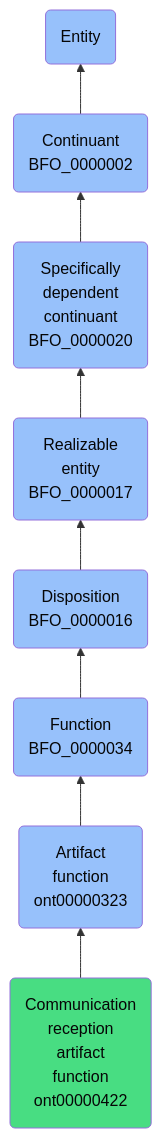
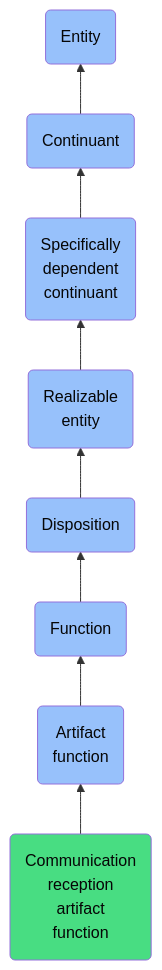
Before and after one commit to jupyter-naas/abi: the diagram in docs/ontology/reference/model/Entity/Continuant/Specifically dependent continuant/Realizable entity/Disposition/Function/Artifact function/Communication reception artifact function/Communication reception artifact function.md, drawn with Mermaid. The commit also changed other lines of this file and 1430 other files, not shown here.

````diff
--- a/docs/ontology/reference/model/Entity/Continuant/Specifically dependent continuant/Realizable entity/Disposition/Function/Artifact function/Communication reception artifact function/Communication reception artifact function.md
+++ b/docs/ontology/reference/model/Entity/Continuant/Specifically dependent continuant/Realizable entity/Disposition/Function/Artifact function/Communication reception artifact function/Communication reception artifact function.md
@@ -24,15 +24,15 @@
 ```mermaid
 graph BT
-    ont00000422(Communication<br>reception<br>artifact<br>function<br>ont00000422):::ABI-->ont00000323
-    ont00000323(Artifact<br>function<br>ont00000323):::BFO-->BFO_0000034
-    BFO_0000034(Function<br>BFO_0000034):::BFO-->BFO_0000016
-    BFO_0000016(Disposition<br>BFO_0000016):::BFO-->BFO_0000017
-    BFO_0000017(Realizable<br>entity<br>BFO_0000017):::BFO-->BFO_0000020
-    BFO_0000020(Specifically<br>dependent<br>continuant<br>BFO_0000020):::BFO-->BFO_0000002
-    BFO_0000002(Continuant<br>BFO_0000002):::BFO-->BFO_0000001
+    ont00000422(Communication<br>reception<br>artifact<br>function):::ABI-->ont00000323
+    ont00000323(Artifact<br>function):::BFO-->BFO_0000034
+    BFO_0000034(Function):::BFO-->BFO_0000016
+    BFO_0000016(Disposition):::BFO-->BFO_0000017
+    BFO_0000017(Realizable<br>entity):::BFO-->BFO_0000020
+    BFO_0000020(Specifically<br>dependent<br>continuant):::BFO-->BFO_0000002
+    BFO_0000002(Continuant):::BFO-->BFO_0000001
     BFO_0000001(Entity):::BFO
     
     classDef BFO fill:#97c1fb,color:#060606
     classDef CCO fill:#e4c51e,color:#060606
     classDef ABI fill:#48DD82,color:#060606
 ```
````
